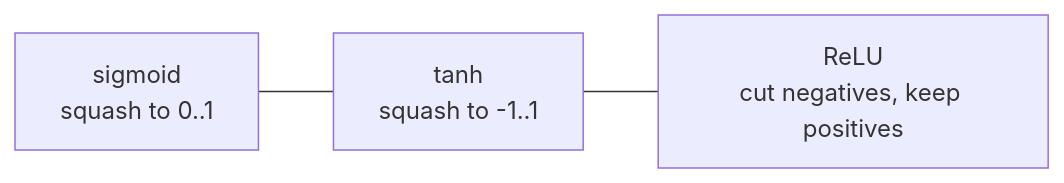
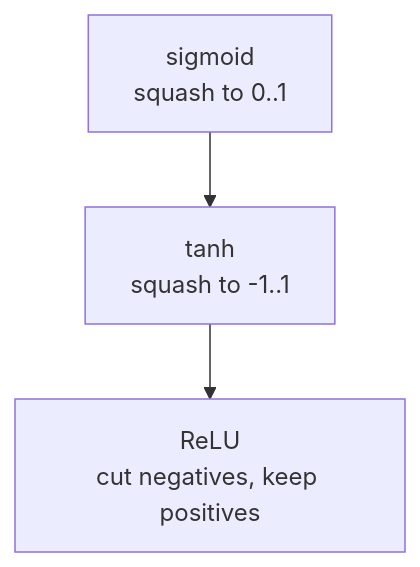
One commit to devchan64/AiBook changed the diagram in docs/parts/part-04/chapter-03/section-02.md. Above: the diagram before and after it, drawn with Mermaid. The commit also changed other lines of this file and 29 other files, not shown here.

````diff
--- a/docs/parts/part-04/chapter-03/section-02.md
+++ b/docs/parts/part-04/chapter-03/section-02.md
@@ -100,8 +100,9 @@
 ```mermaid
-flowchart LR
+flowchart TD
   A["sigmoid<br/>squash to 0..1"]
   B["tanh<br/>squash to -1..1"]
   C["ReLU<br/>cut negatives, keep positives"]
 
-  A --- B --- C
+  A --> B
+  B --> C
 ```
````
